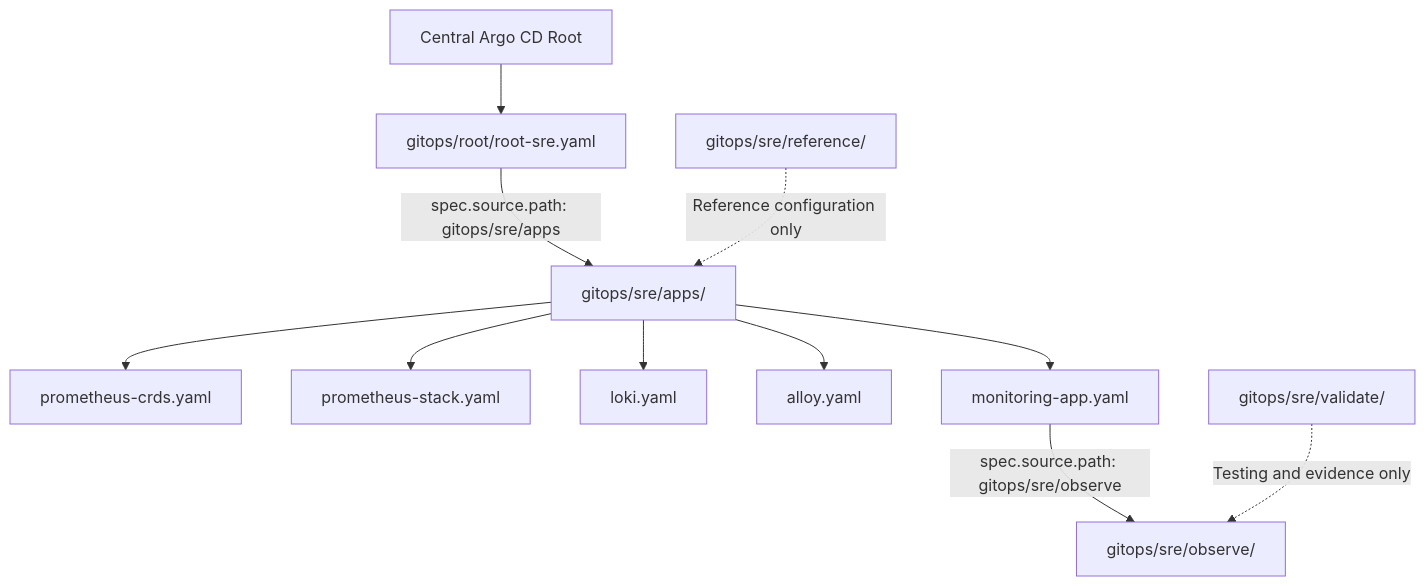
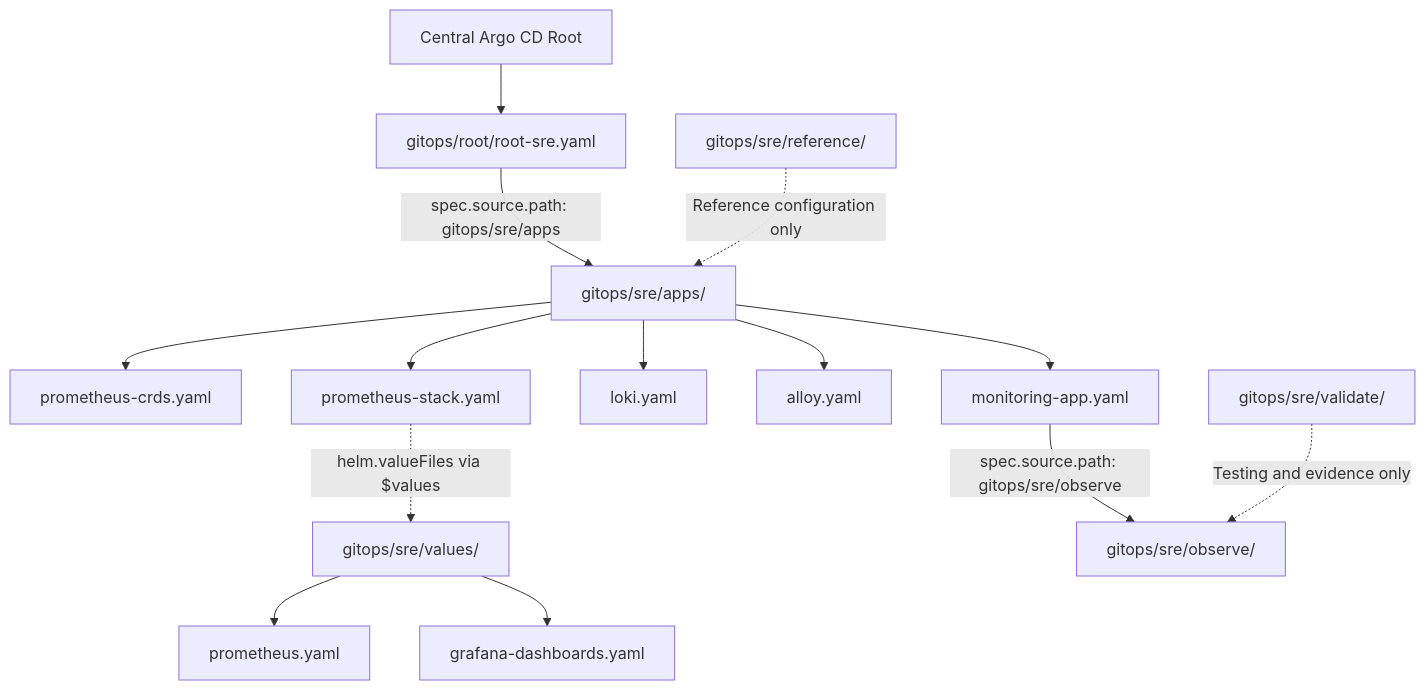
Before and after one commit to eugenewongyj/cloud-ntu-capstone-group2-infra: the third of 4 diagrams in gitops/sre/README.md, drawn with Mermaid. The commit also changed other lines of this file and 5 other files, not shown here.

Commit message:
refactor(sre): separate Prometheus Helm values from Argo CD apps

````diff
--- a/gitops/sre/README.md
+++ b/gitops/sre/README.md
@@ -434,30 +434,36 @@
 ```mermaid
 flowchart TD
     ROOT["Central Argo CD Root"]
     ROOTSRE["gitops/root/root-sre.yaml"]
     DEPLOY["gitops/sre/apps/"]
 
     CRDS["prometheus-crds.yaml"]
     STACK["prometheus-stack.yaml"]
+    VALUES["gitops/sre/values/"]
+    PROMVALUES["prometheus.yaml"]
+    GRAFVALUES["grafana-dashboards.yaml"]
     LOKI["loki.yaml"]
     ALLOY["alloy.yaml"]
     MON["monitoring-app.yaml"]
 
     OBS["gitops/sre/observe/"]
     VALIDATE["gitops/sre/validate/"]
     REFERENCE["gitops/sre/reference/"]
 
     ROOT --> ROOTSRE
     ROOTSRE -->|"spec.source.path: gitops/sre/apps"| DEPLOY
 
     DEPLOY --> CRDS
     DEPLOY --> STACK
+    STACK -.->|"helm.valueFiles via $values"| VALUES
+    VALUES --> PROMVALUES
+    VALUES --> GRAFVALUES
     DEPLOY --> LOKI
     DEPLOY --> ALLOY
     DEPLOY --> MON
 
     MON -->|"spec.source.path: gitops/sre/observe"| OBS
 
     VALIDATE -.->|"Testing and evidence only"| OBS
     REFERENCE -.->|"Reference configuration only"| DEPLOY
 ```
````
